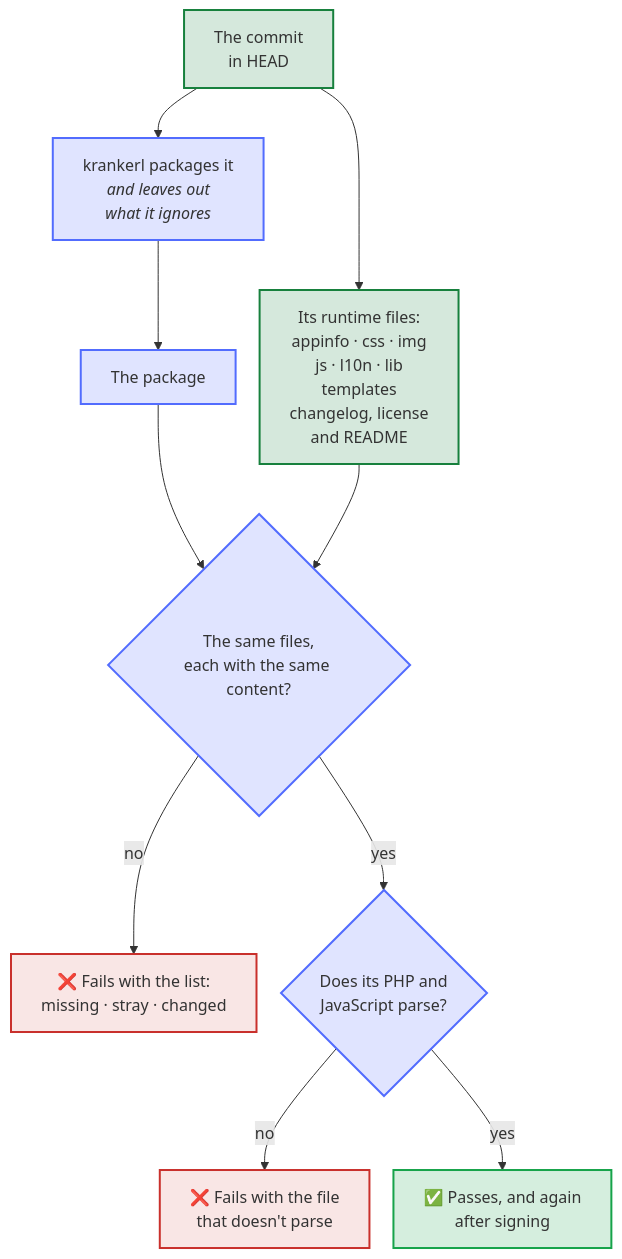
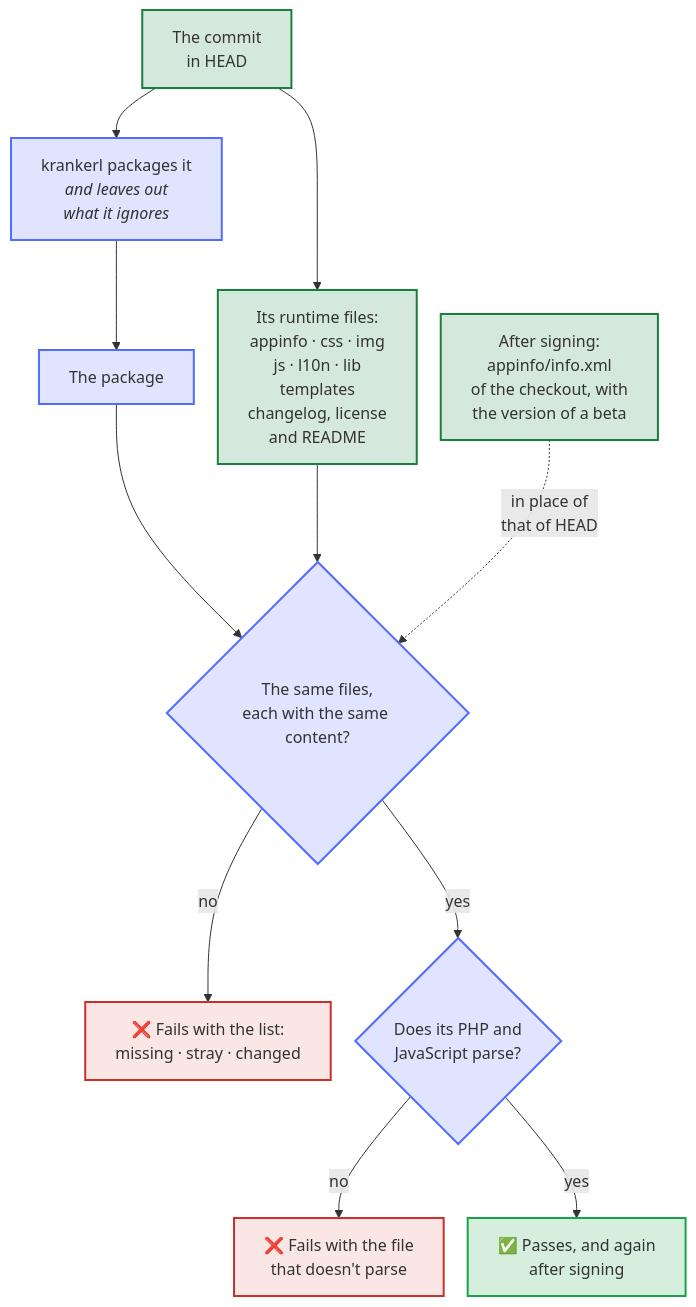
One commit to Dennis-Otto/paperless-sync changed the diagram in docs/diagrams/what-the-check-of-the-package-compares.mmd. Above: the diagram before and after it, drawn with Mermaid. The commit also changed 5 other files, not shown here.

First line of the commit message:
build: the signed-package check accepts the version of a beta (#358)

```diff
--- a/docs/diagrams/what-the-check-of-the-package-compares.mmd
+++ b/docs/diagrams/what-the-check-of-the-package-compares.mmd
@@ -1,34 +1,36 @@
 ---
 config:
   flowchart:
     nodeSpacing: 24
 ---
 flowchart TB
     accTitle: What the check of the package compares
-    accDescr: krankerl packages the commit in HEAD and leaves out what .nextcloudignore lists. scripts/check-package.sh takes the runtime files of the same commit, those in appinfo, css, img, js, l10n, lib and templates and CHANGELOG.md, LICENSE and README.md, and compares the package with them file by file. A file that the package lacks, a stray file, a changed file or a link fails the check with the list of the differences. A package that holds exactly these files, and its signature once it is signed, passes if its PHP and JavaScript parse, and otherwise fails with the file that doesn't. The release workflow checks the package again after signing.
+    accDescr: krankerl packages the commit in HEAD and leaves out what .nextcloudignore lists. scripts/check-package.sh takes the runtime files of the same commit, those in appinfo, css, img, js, l10n, lib and templates and CHANGELOG.md, LICENSE and README.md, and compares the package with them file by file. After signing, it takes appinfo/info.xml from the checkout instead: for a beta, the release build writes the version of the beta into the info.xml of the package and of the checkout, while the commit still holds that of the last release. A file that the package lacks, a stray file, a changed file or a link fails the check with the list of the differences. A package that holds exactly these files, and its signature once it is signed, passes if its PHP and JavaScript parse, and otherwise fails with the file that doesn't. The release workflow checks the package again after signing.
 
     head["The commit<br>in HEAD"]
     krankerl["`krankerl packages it<br>*and leaves out*<br>*what it ignores*`"]
     package["The package"]
     runtime["Its runtime files:<br>appinfo · css · img<br>js · l10n · lib<br>templates<br>changelog, license<br>and README"]
+    checkout["After signing:<br>appinfo/info.xml<br>of the checkout, with<br>the version of a beta"]
     same{"The same files,<br>each with the same content?"}
     differences["❌ Fails with the list:<br>missing · stray · changed"]
     parse{"Does its PHP and<br>JavaScript parse?"}
     broken["❌ Fails with the file<br>that doesn't parse"]
     passed["✅ Passes, and again<br>after signing"]
 
     head --> krankerl --> package --> same
     head --> runtime --> same
+    checkout -. "in place of<br>that of HEAD" .-> same
     same -- "no" --> differences
     same -- "yes" --> parse
     parse -- "no" --> broken
     parse -- "yes" --> passed
 
     classDef source fill:#17803d2e,stroke:#17803d,stroke-width:2px
     classDef check fill:#526cfe2e,stroke:#526cfe,stroke-width:2px
     classDef done fill:#16a34a2e,stroke:#16a34a,stroke-width:2px
     classDef refused fill:#c9302c1f,stroke:#c9302c,stroke-width:2px
-    class head,runtime source
+    class head,runtime,checkout source
     class krankerl,package,same,parse check
     class passed done
     class differences,broken refused
```
